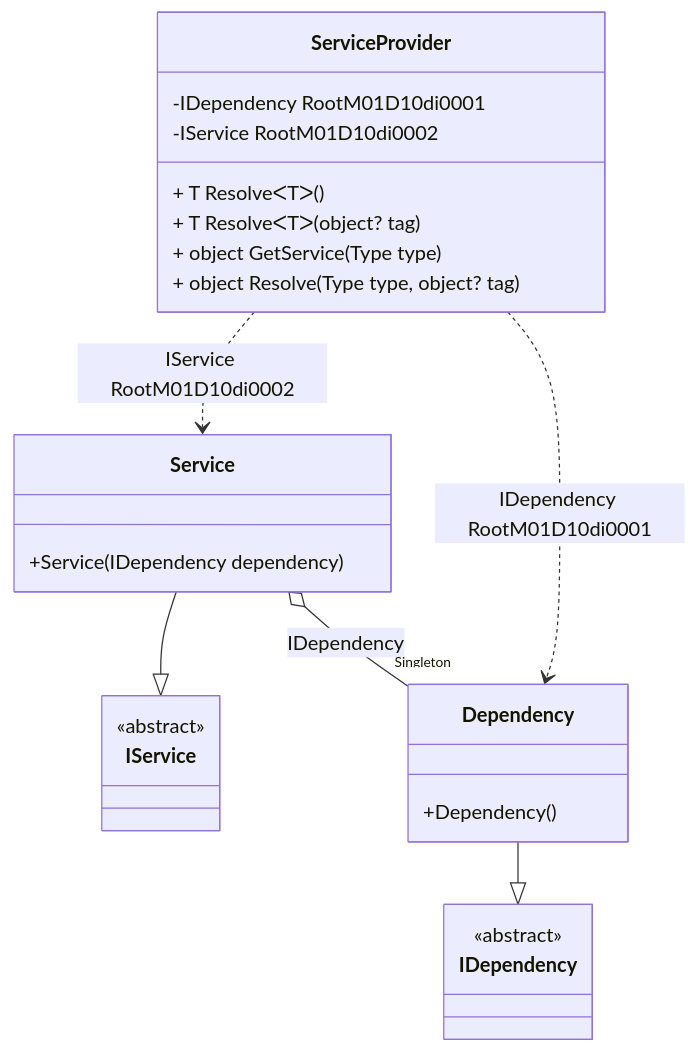
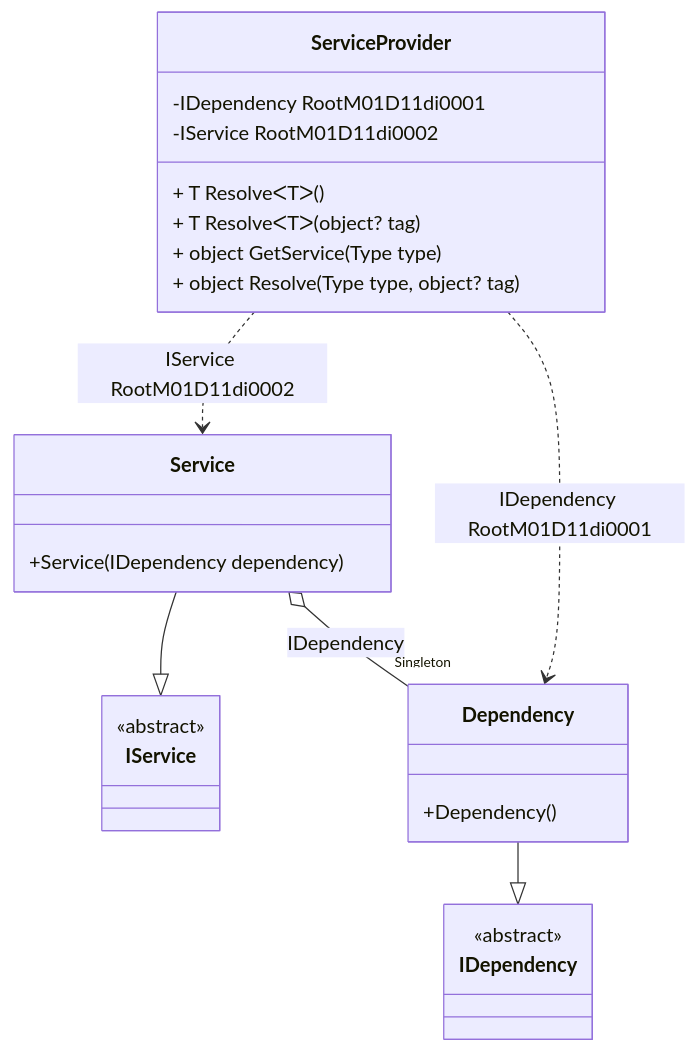
One commit to DevTeam/Pure.DI changed the diagram in readme/service-provider.md. Above: the diagram before and after it, drawn with Mermaid. The commit also changed other lines of this file and 103 other files, not shown here.

````diff
--- a/readme/service-provider.md
+++ b/readme/service-provider.md
@@ -46,28 +46,28 @@
 ```mermaid
 classDiagram
   class ServiceProvider {
-    -IDependency RootM01D10di0001
-    -IService RootM01D10di0002
+    -IDependency RootM01D11di0001
+    -IService RootM01D11di0002
     + T ResolveᐸTᐳ()
     + T ResolveᐸTᐳ(object? tag)
     + object GetService(Type type)
     + object Resolve(Type type, object? tag)
   }
   Service --|> IService : 
   class Service {
     +Service(IDependency dependency)
   }
   Dependency --|> IDependency : 
   class Dependency {
     +Dependency()
   }
   class IService {
     <<abstract>>
   }
   class IDependency {
     <<abstract>>
   }
   Service o--  "Singleton" Dependency : IDependency
-  ServiceProvider ..> Dependency : IDependency RootM01D10di0001
-  ServiceProvider ..> Service : IService RootM01D10di0002
+  ServiceProvider ..> Dependency : IDependency RootM01D11di0001
+  ServiceProvider ..> Service : IService RootM01D11di0002
 ```
````
